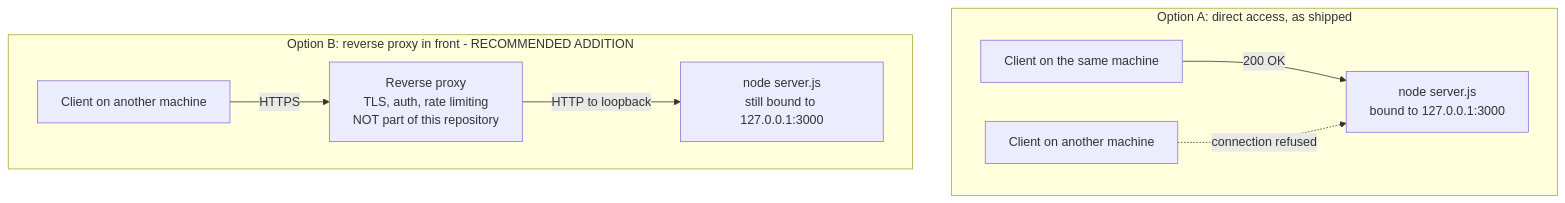
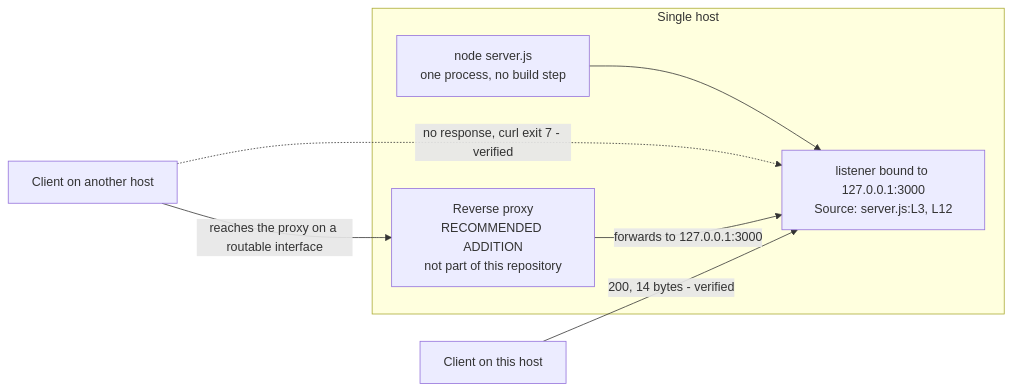
One commit to Sandeep01Kumar/existing-projects-qa-test-03-dec changed the diagram in docs/guides/deployment.md. Above: the diagram before and after it, drawn with Mermaid. The commit also changed other lines of this file, not shown here.

````diff
--- a/docs/guides/deployment.md
+++ b/docs/guides/deployment.md
@@ -84,19 +181,19 @@
 ```mermaid
-flowchart TB
-    subgraph DIRECT["Option A: direct access, as shipped"]
-        C1["Client on the same machine"]
-        S1["node server.js<br/>bound to 127.0.0.1:3000"]
-        X1["Client on another machine"]
-        C1 -->|"200 OK"| S1
-        X1 -.->|"connection refused"| S1
+flowchart LR
+    subgraph host["Single host"]
+        N["node server.js<br/>one process, no build step"]
+        L["listener bound to 127.0.0.1:3000<br/>Source: server.js:L3, L12"]
+        RP["Reverse proxy<br/>RECOMMENDED ADDITION<br/>not part of this repository"]
+        N --> L
     end
-    subgraph PROXIED["Option B: reverse proxy in front - RECOMMENDED ADDITION"]
-        X2["Client on another machine"]
-        P["Reverse proxy<br/>TLS, auth, rate limiting<br/>NOT part of this repository"]
-        S2["node server.js<br/>still bound to 127.0.0.1:3000"]
-        X2 -->|"HTTPS"| P
-        P -->|"HTTP to loopback"| S2
-    end
-%% The reverse proxy is a recommended addition, not a component of the
-%% current system: this repository contains no proxy configuration.
+    C1["Client on this host"] -->|"200, 14 bytes - verified"| L
+    C2["Client on another host"] -.->|"no response, curl exit 7 - verified"| L
+    C2 -->|"reaches the proxy on a routable interface"| RP
+    RP -->|"forwards to 127.0.0.1:3000"| L
+%% The Reverse proxy node is a RECOMMENDED ADDITION only. It does not exist in
+%% this repository: no proxy configuration file is created by this change, and
+%% no proxy is deployed. Every other node here is a component that provably
+%% exists - the single node server.js process and its loopback listener. Nothing
+%% else is drawn because nothing else exists: no database, no cache, no queue,
+%% no load balancer and no second service.
 ```
````
